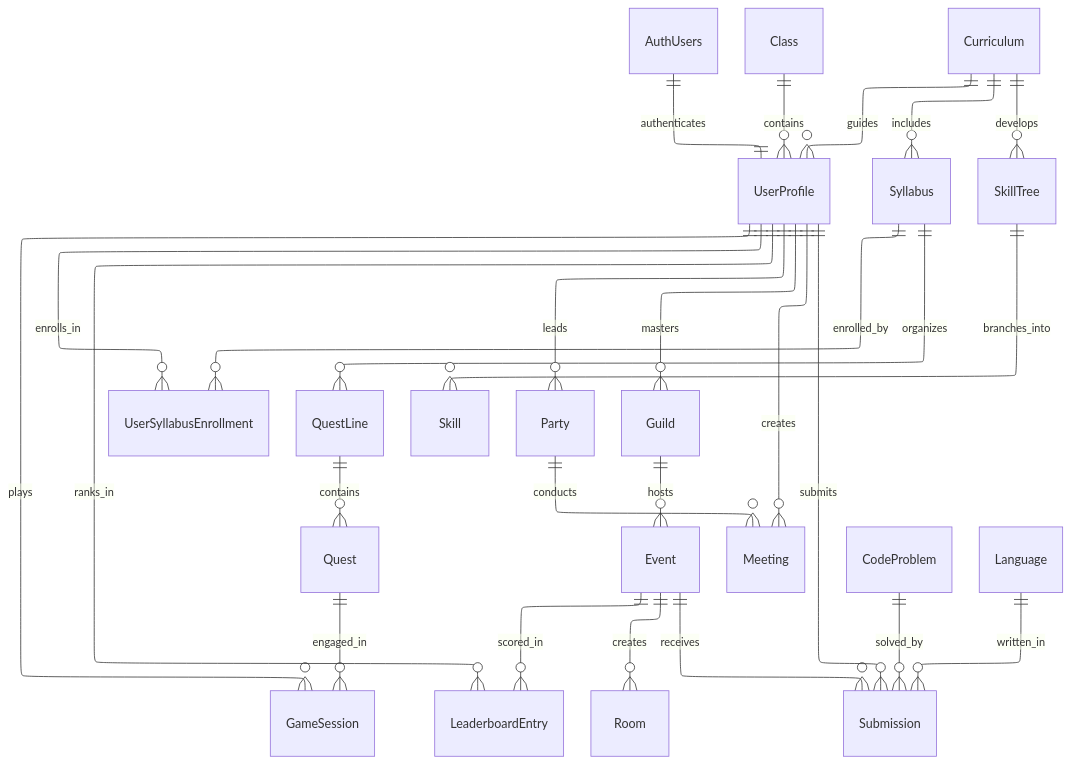
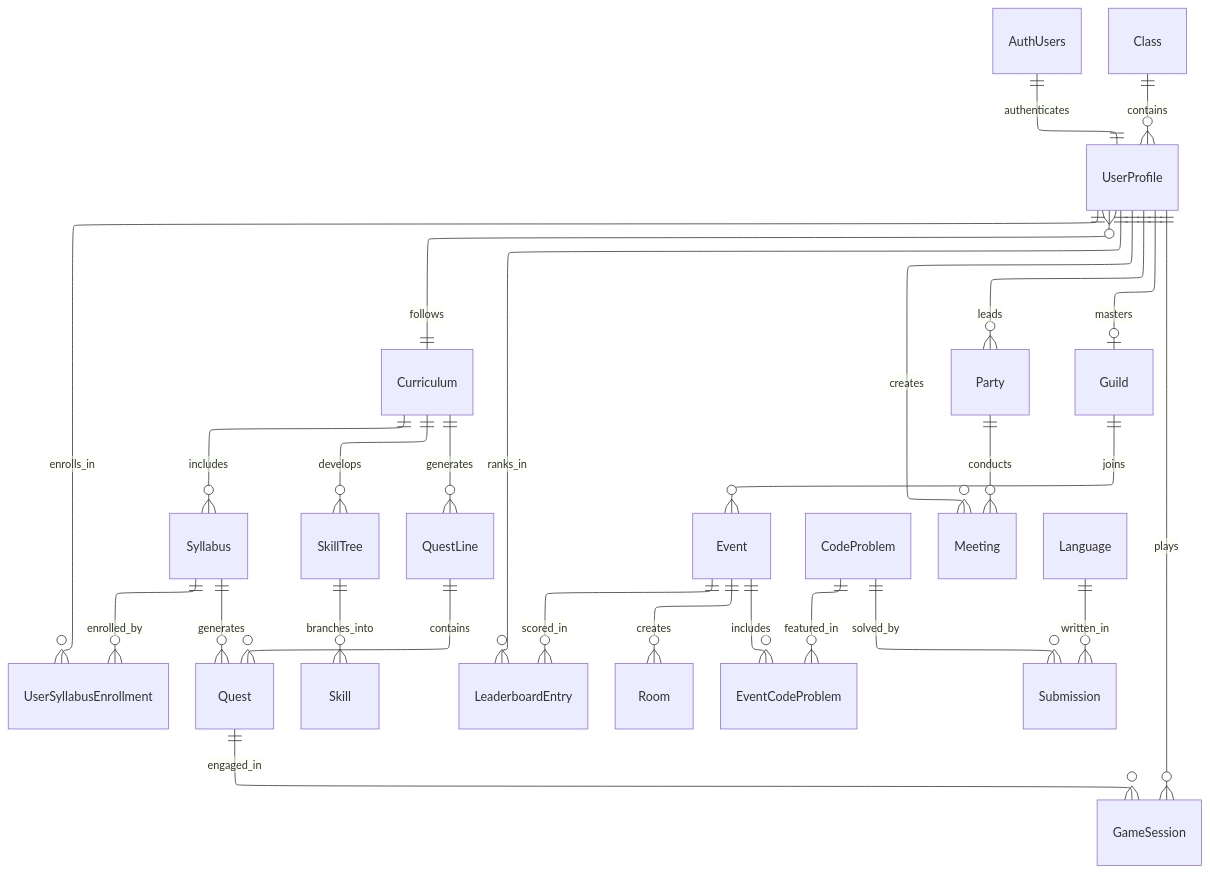
Before and after one commit to FA25SE050-RogueLearn/RogueLearn.BMAD.Documentation: the diagram in mermaid-diagrams/erd/system-overview-erd.md, drawn with Mermaid. The commit also changed 1 other file, not shown here.

Commit message:
feat: update social and system erd

````diff
--- a/mermaid-diagrams/erd/system-overview-erd.md
+++ b/mermaid-diagrams/erd/system-overview-erd.md
@@ -5,46 +5,47 @@
 ```mermaid
 ---
 config:
   layout: elk
 ---
 erDiagram
     %% Authentication & User Management
     AuthUsers ||--|| UserProfile : authenticates
     
     %% Academic Structure
     "Class" ||--o{ UserProfile : contains
-    Curriculum ||--o{ UserProfile : guides
+    UserProfile }o--|| Curriculum : follows
     Curriculum ||--o{ Syllabus : includes
     Curriculum ||--o{ SkillTree : develops
     
     %% Learning Journey
     UserProfile ||--o{ UserSyllabusEnrollment : enrolls_in
     Syllabus ||--o{ UserSyllabusEnrollment : enrolled_by
-    Syllabus ||--o{ QuestLine : organizes
+    Curriculum ||--o{ QuestLine : generates
     QuestLine ||--o{ Quest : contains
+    Syllabus ||--o{ Quest : generates
     SkillTree ||--o{ Skill : branches_into
     
     %% Game Mechanics
     UserProfile ||--o{ GameSession : plays
     Quest ||--o{ GameSession : engaged_in
     
     %% Social Dynamics
     UserProfile ||--o{ Party : leads
-    UserProfile ||--o{ Guild : masters
-    Guild ||--o{ Event : hosts
+    UserProfile ||--o| Guild : masters
+    Guild ||--o{ Event : joins
     
     %% Competitive Elements
     UserProfile ||--o{ LeaderboardEntry : ranks_in
     Event ||--o{ LeaderboardEntry : scored_in
     Event ||--o{ Room : creates
-    Event ||--o{ Submission : receives
+    Event ||--o{ EventCodeProblem : includes
+    CodeProblem ||--o{ EventCodeProblem : featured_in
     
     %% Meeting & Collaboration
     Party ||--o{ Meeting : conducts
     UserProfile ||--o{ Meeting : creates
     
     %% Code Battle Integration
     CodeProblem ||--o{ Submission : solved_by
     Language ||--o{ Submission : written_in
-    UserProfile ||--o{ Submission : submits
 ```
````
